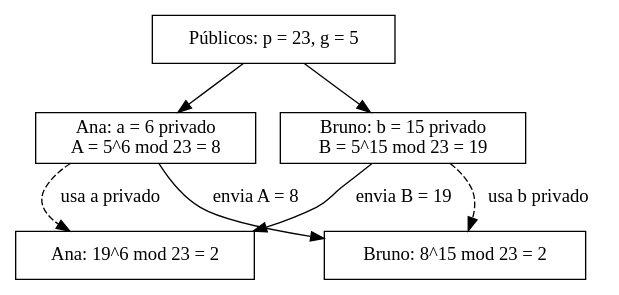
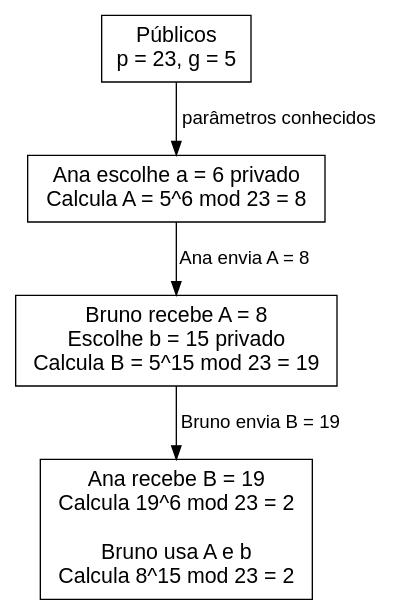
The diagram in src/content/fsi/diffie-hellman.dot (rodrgds/resumos), drawn with Graphviz before and after one commit. The commit also changed 5 other files, not shown here.

```diff
--- a/src/content/fsi/diffie-hellman.dot
+++ b/src/content/fsi/diffie-hellman.dot
@@ -1,15 +1,13 @@
 digraph DH {
- rankdir=TB; node [shape=box];
- params [label="Públicos: p = 23, g = 5"];
- ana [label="Ana: a = 6 privado
-A = 5^6 mod 23 = 8"];
- bruno [label="Bruno: b = 15 privado
-B = 5^15 mod 23 = 19"];
- sa [label="Ana: 19^6 mod 23 = 2"];
- sb [label="Bruno: 8^15 mod 23 = 2"];
- params -> ana; params -> bruno;
- ana -> sb [label="envia A = 8"];
- bruno -> sa [label="envia B = 19"];
- ana -> sa [style=dashed,label="usa a privado"];
- bruno -> sb [style=dashed,label="usa b privado"];
+  rankdir=TB;
+  graph [fontname="sans-serif", ranksep=0.55];
+  node [shape=box, fontname="sans-serif", fontsize=16, margin="0.14,0.10"];
+  edge [fontname="sans-serif", fontsize=14];
+  params [label="Públicos\np = 23, g = 5"];
+  ana [label="Ana escolhe a = 6 privado\nCalcula A = 5^6 mod 23 = 8"];
+  bruno [label="Bruno recebe A = 8\nEscolhe b = 15 privado\nCalcula B = 5^15 mod 23 = 19"];
+  segredos [label="Ana recebe B = 19\nCalcula 19^6 mod 23 = 2\n\nBruno usa A e b\nCalcula 8^15 mod 23 = 2"];
+  params -> ana [label="parâmetros conhecidos"];
+  ana -> bruno [label="Ana envia A = 8"];
+  bruno -> segredos [label="Bruno envia B = 19"];
 }
```
